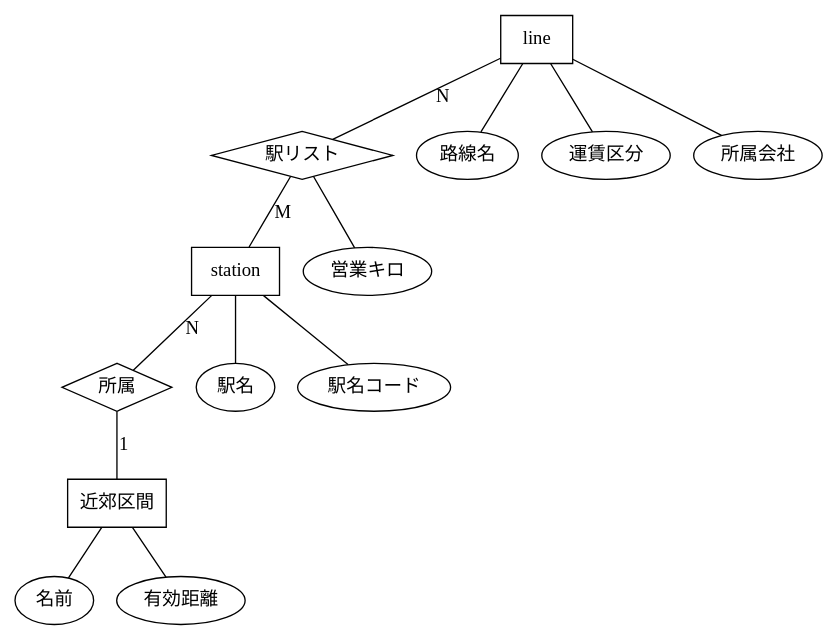
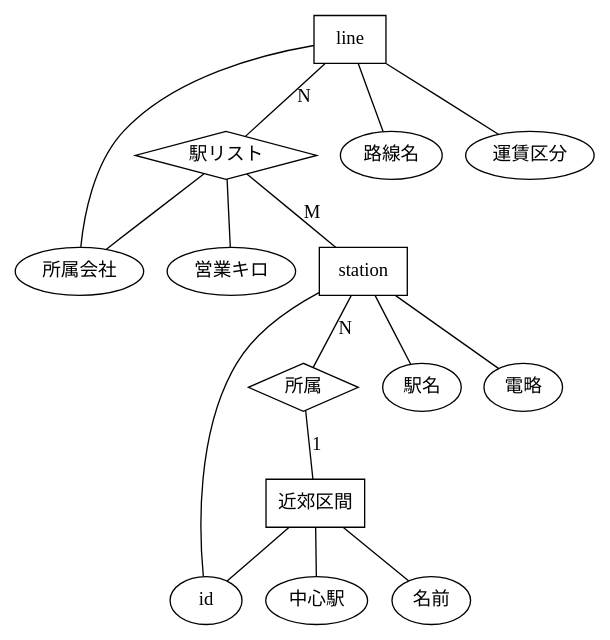
Before and after one commit to xkikeg/ares: the diagram in doc/database.dot, drawn with Graphviz.

Commit message:
Fixed database graph

```diff
--- a/doc/database.dot
+++ b/doc/database.dot
@@ -1,18 +1,21 @@
 graph train{
 	node[shape=box]; station; line; 近郊区間;
 	node[shape=diamond]; 駅リスト; 所属;
 	node[shape=ellipse];
+	station -- id;
 	station -- 駅名;
-	station -- 駅名コード;
+	station -- 電略;
 	station -- 所属[label="N"];
 	所属 -- 近郊区間[label="1"];
 	line -- 路線名;
 	line -- 駅リスト[label="N"];
 	line -- 運賃区分;
 	line -- 所属会社;
 	駅リスト -- station[label="M"];
 	駅リスト -- 営業キロ;
+	駅リスト -- 所属会社;
 	近郊区間名前[label="名前"];
+	近郊区間 -- id;
 	近郊区間 -- 近郊区間名前;
-	近郊区間 -- 有効距離;
+	近郊区間 -- 中心駅;
 }
```
